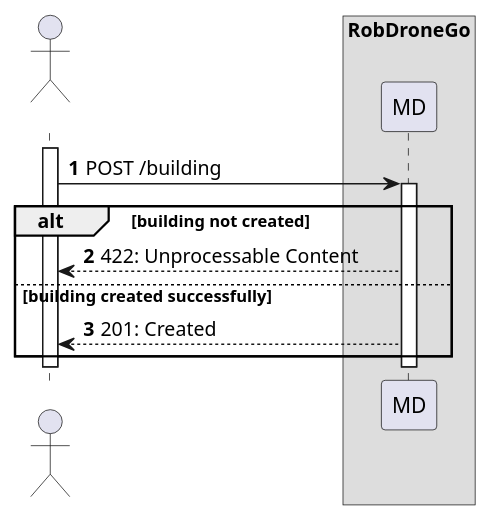
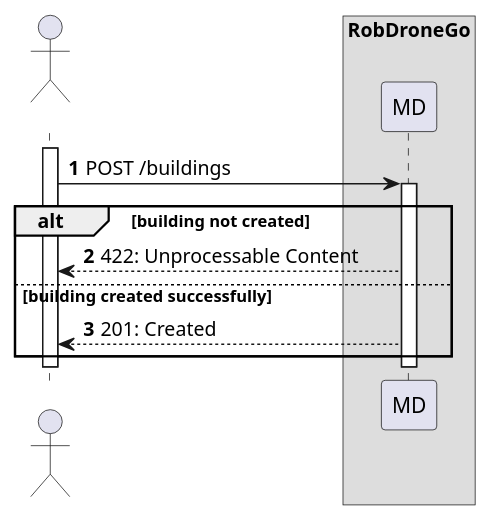
Before and after one commit to Departamento-de-Engenharia-Informatica/lapr5-23-24-g19: the diagram in docs/us150/level2/process-view.puml, drawn with PlantUML. The commit also changed 36 other files, not shown here.

```diff
--- a/docs/us150/level2/process-view.puml
+++ b/docs/us150/level2/process-view.puml
@@ -1,22 +1,22 @@
 @startuml
 autonumber
 
 actor " " as actor
 box "RobDroneGo"
 participant "MD" as mdr
 
 activate actor
 
-    actor -> mdr: POST /building
+    actor -> mdr: POST /buildings
 
     activate mdr
     alt building not created
         mdr --> actor : 422: Unprocessable Content
     else building created successfully
         mdr --> actor : 201: Created
     end
     deactivate mdr
 
 deactivate actor
 
 @enduml
```
